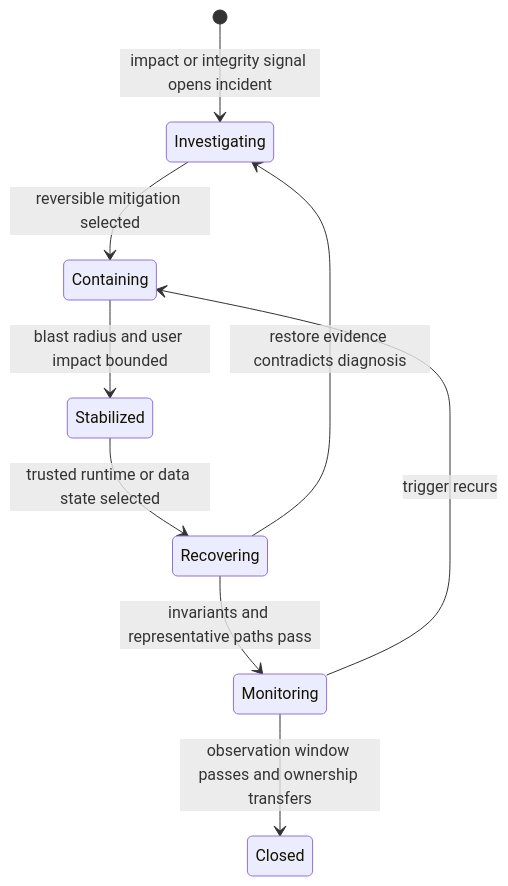
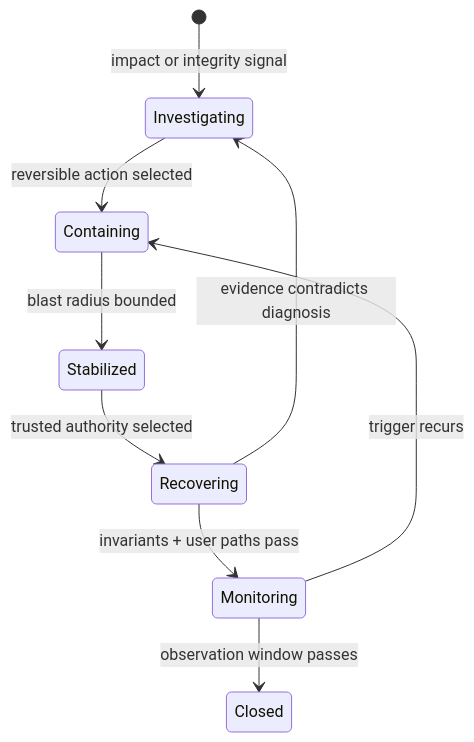
One commit to bijux/bijux-atlas changed the second of 2 diagrams in docs/bijux-atlas-ops/observability/incident-response.md. Above: the diagram before and after it, drawn with Mermaid. The commit also changed other lines of this file and 1 other file, not shown here.

Commit message:
docs(incidents): preserve authority and evidence custody

````diff
--- a/docs/bijux-atlas-ops/observability/incident-response.md
+++ b/docs/bijux-atlas-ops/observability/incident-response.md
@@ -77,11 +68,11 @@
 ```mermaid
 stateDiagram-v2
-    [*] --> Investigating: impact or integrity signal opens incident
-    Investigating --> Containing: reversible mitigation selected
-    Containing --> Stabilized: blast radius and user impact bounded
-    Stabilized --> Recovering: trusted runtime or data state selected
-    Recovering --> Monitoring: invariants and representative paths pass
-    Monitoring --> Closed: observation window passes and ownership transfers
+    [*] --> Investigating: impact or integrity signal
+    Investigating --> Containing: reversible action selected
+    Containing --> Stabilized: blast radius bounded
+    Stabilized --> Recovering: trusted authority selected
+    Recovering --> Monitoring: invariants + user paths pass
+    Monitoring --> Closed: observation window passes
     Monitoring --> Containing: trigger recurs
-    Recovering --> Investigating: restore evidence contradicts diagnosis
+    Recovering --> Investigating: evidence contradicts diagnosis
 ```
````
